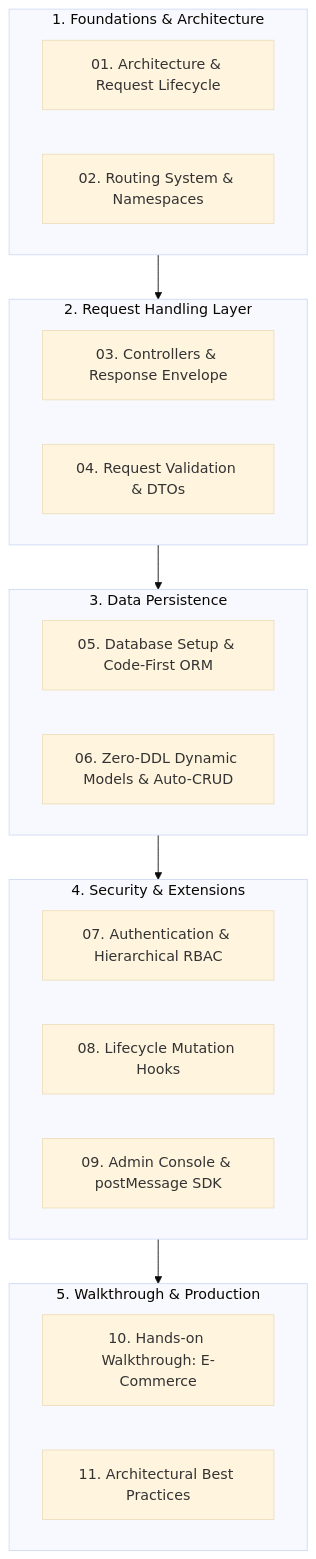
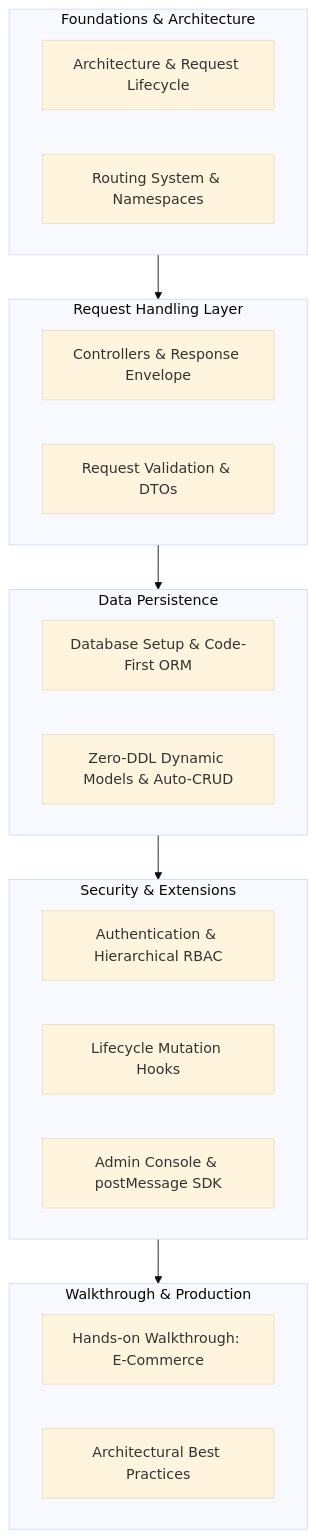
The diagram in docs/src/content/docs/development/index.md (FoundKit/foundry), drawn with Mermaid (base theme) before and after one commit. The commit also changed other lines of this file and 25 other files, not shown here.

````diff
--- a/docs/src/content/docs/development/index.md
+++ b/docs/src/content/docs/development/index.md
@@ -20,30 +20,30 @@
 ```mermaid
 flowchart TD
-    subgraph S1["1. Foundations & Architecture"]
-        C1["01. Architecture & Request Lifecycle"]
-        C2["02. Routing System & Namespaces"]
+    subgraph S1["Foundations & Architecture"]
+        C1["Architecture & Request Lifecycle"]
+        C2["Routing System & Namespaces"]
     end
 
-    subgraph S2["2. Request Handling Layer"]
-        C3["03. Controllers & Response Envelope"]
-        C4["04. Request Validation & DTOs"]
+    subgraph S2["Request Handling Layer"]
+        C3["Controllers & Response Envelope"]
+        C4["Request Validation & DTOs"]
     end
 
-    subgraph S3["3. Data Persistence"]
-        C5["05. Database Setup & Code-First ORM"]
-        C6["06. Zero-DDL Dynamic Models & Auto-CRUD"]
+    subgraph S3["Data Persistence"]
+        C5["Database Setup & Code-First ORM"]
+        C6["Zero-DDL Dynamic Models & Auto-CRUD"]
     end
 
-    subgraph S4["4. Security & Extensions"]
-        C7["07. Authentication & Hierarchical RBAC"]
-        C8["08. Lifecycle Mutation Hooks"]
-        C9["09. Admin Console & postMessage SDK"]
+    subgraph S4["Security & Extensions"]
+        C7["Authentication & Hierarchical RBAC"]
+        C8["Lifecycle Mutation Hooks"]
+        C9["Admin Console & postMessage SDK"]
     end
 
-    subgraph S5["5. Walkthrough & Production"]
-        C10["10. Hands-on Walkthrough: E-Commerce"]
-        C11["11. Architectural Best Practices"]
+    subgraph S5["Walkthrough & Production"]
+        C10["Hands-on Walkthrough: E-Commerce"]
+        C11["Architectural Best Practices"]
     end
 
     S1 --> S2 --> S3 --> S4 --> S5
 ```
````
